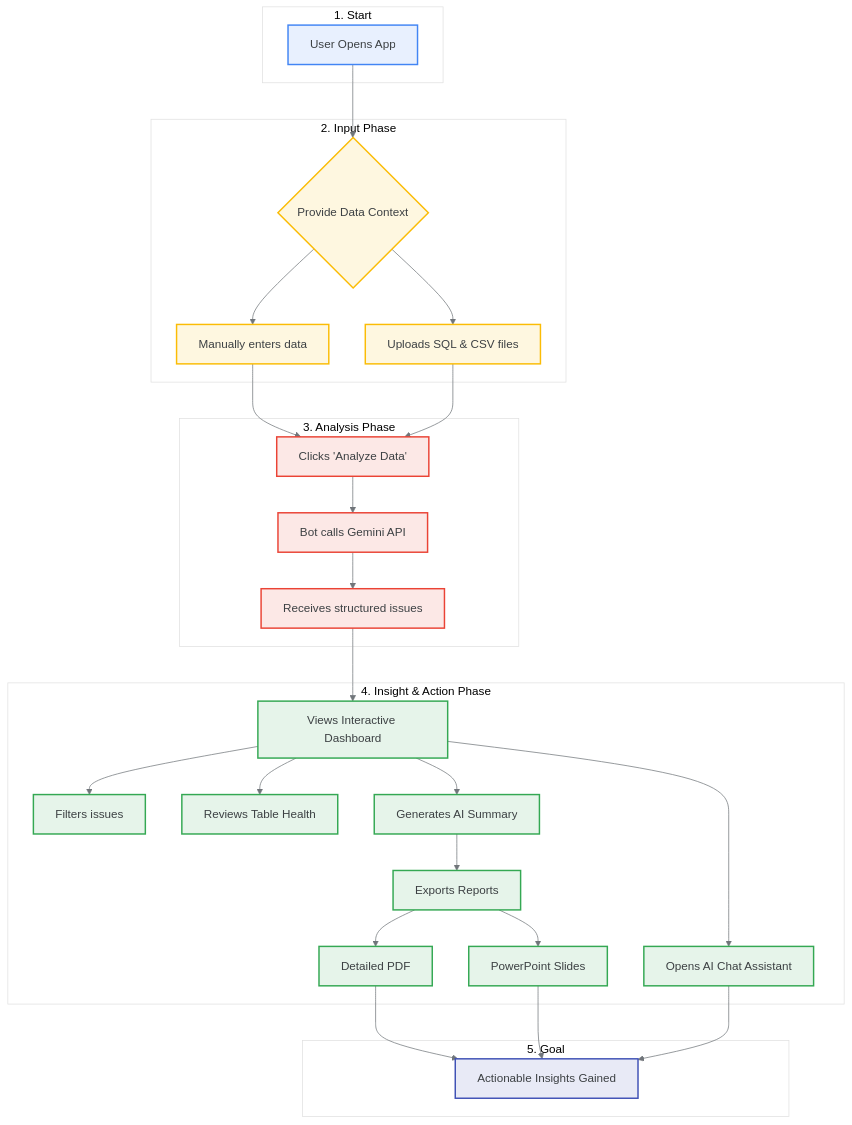
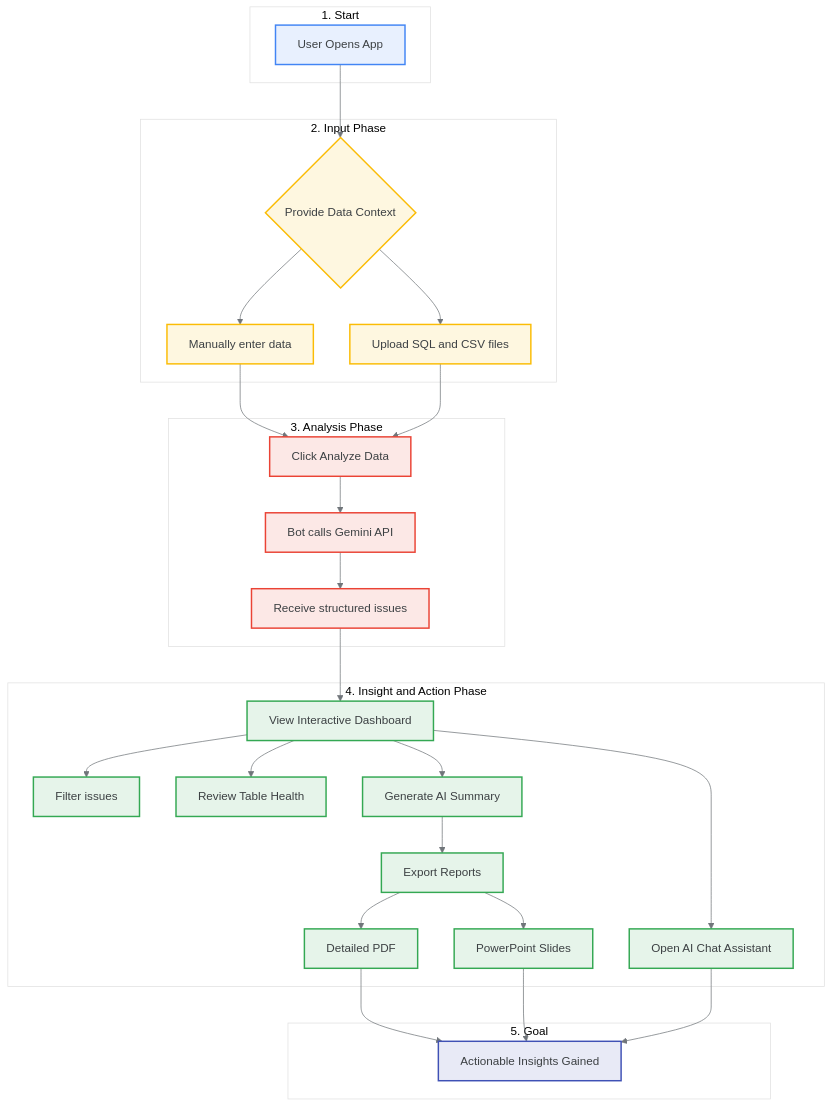
One commit to chtsalvishal/DQ_Gen_AI_Bot changed the second of 2 diagrams in README.md. Above: the diagram before and after it, drawn with Mermaid. The commit also changed other lines of this file, not shown here.

Commit message:
feat: Improve README diagram for clarity
Update diagram syntax to use cleaner node and subgraph definitions for improved readability and maintainability.

````diff
--- a/README.md
+++ b/README.md
@@ -99,71 +99,71 @@
 ```mermaid
 %%{
   init: {
     "theme": "base",
     "themeVariables": {
       "fontFamily": "\"Roboto\", sans-serif",
       "primaryColor": "#FFFFFF",
       "primaryTextColor": "#3C4043",
       "primaryBorderColor": "#4285F4",
       "lineColor": "#70757A",
       "textColor": "#3C4043",
       "mainBkg": "#F8F9FA",
       "clusterBkg": "#FFFFFF",
       "clusterBorder": "#E0E0E0"
     }
   }
 }%%
 graph TD
-    subgraph "1. Start"
+    subgraph sg1 [1. Start]
         A[User Opens App]:::startNode
     end
 
-    subgraph "2. Input Phase"
+    subgraph sg2 [2. Input Phase]
         B{Provide Data Context}:::inputNode
-        B1[Manually enters data]:::inputNode
-        B2[Uploads SQL & CSV files]:::inputNode
+        B1[Manually enter data]:::inputNode
+        B2[Upload SQL and CSV files]:::inputNode
     end
     
-    subgraph "3. Analysis Phase"
-        C[Clicks 'Analyze Data']:::analysisNode
-        D["Bot calls Gemini API"]:::analysisNode
-        E["Receives structured issues"]:::analysisNode
+    subgraph sg3 [3. Analysis Phase]
+        C[Click Analyze Data]:::analysisNode
+        D[Bot calls Gemini API]:::analysisNode
+        E[Receive structured issues]:::analysisNode
     end
 
-    subgraph "4. Insight & Action Phase"
-        F[Views Interactive Dashboard]:::insightNode
-        F1[Filters issues]:::insightNode
-        F2[Reviews Table Health]:::insightNode
-        G[Opens AI Chat Assistant]:::insightNode
-        H[Generates AI Summary]:::insightNode
-        I[Exports Reports]:::insightNode
+    subgraph sg4 [4. Insight and Action Phase]
+        F[View Interactive Dashboard]:::insightNode
+        F1[Filter issues]:::insightNode
+        F2[Review Table Health]:::insightNode
+        G[Open AI Chat Assistant]:::insightNode
+        H[Generate AI Summary]:::insightNode
+        I[Export Reports]:::insightNode
         I1[Detailed PDF]:::insightNode
         I2[PowerPoint Slides]:::insightNode
     end
     
-    subgraph "5. Goal"
+    subgraph sg5 [5. Goal]
        J[Actionable Insights Gained]:::goalNode
     end
 
     A --> B
     B --> B1
     B --> B2
     B1 --> C
     B2 --> C
     C --> D
     D --> E
     E --> F
     F --> F1 & F2 & G & H
     H --> I
     I --> I1 & I2
     I1 --> J
     I2 --> J
     G --> J
 
     %% Class Definitions
     classDef startNode fill:#E8F0FE,stroke:#4285F4,stroke-width:2px
     classDef inputNode fill:#FEF7E0,stroke:#FBBC05,stroke-width:2px
     classDef analysisNode fill:#FCE8E6,stroke:#EA4335,stroke-width:2px
     classDef insightNode fill:#E6F4EA,stroke:#34A853,stroke-width:2px
     classDef goalNode fill:#E8EAF6,stroke:#3F51B5,stroke-width:2px
 ```
````
